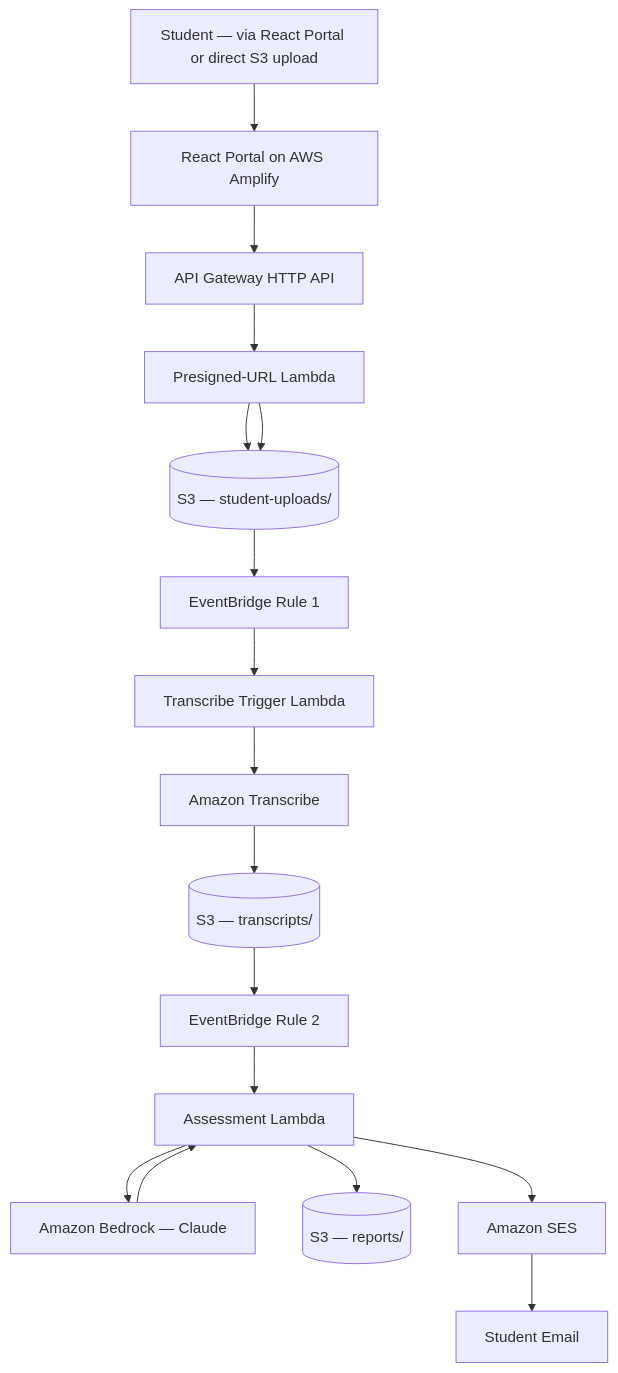
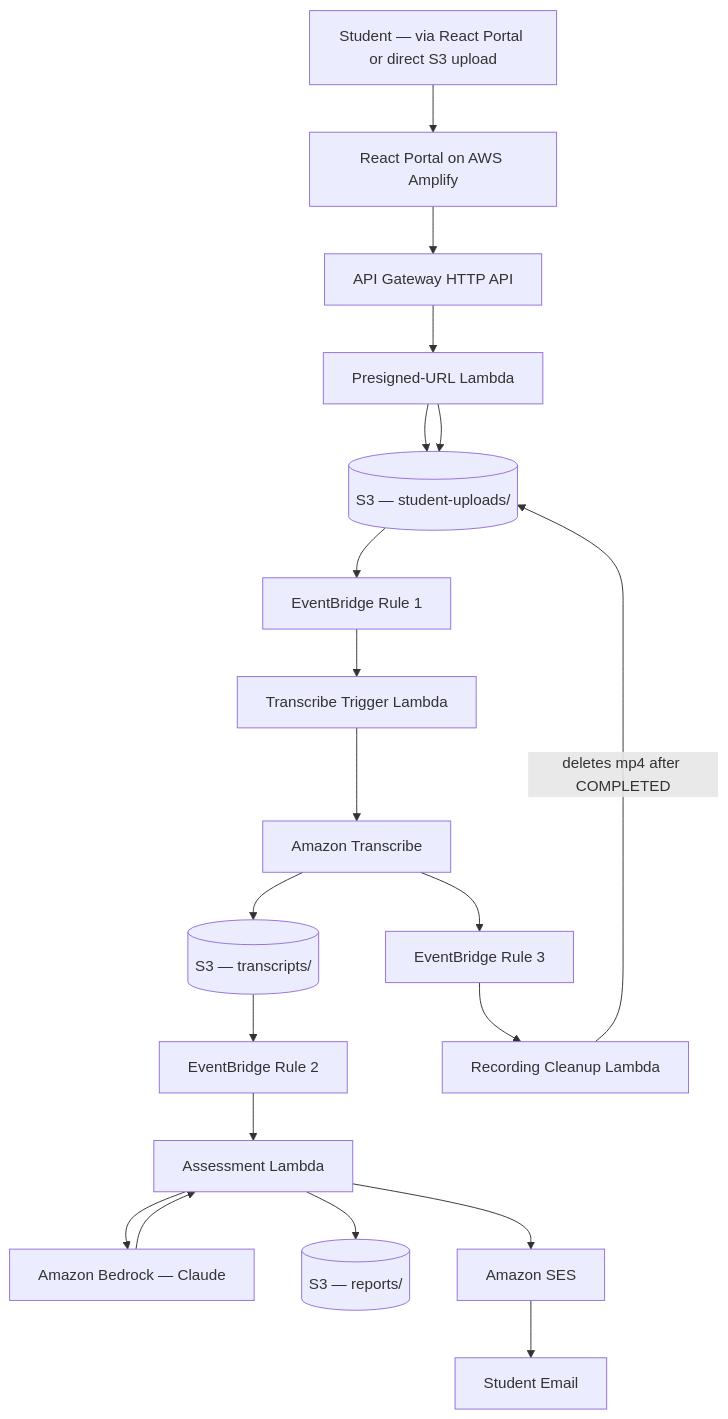
The first of 3 diagrams in README.md (pratap-rajan/dental-ai-tutor), drawn with Mermaid before and after one commit. The commit also changed other lines of this file, not shown here.

First line of the commit message:
Enhance README with recording cleanup flow and Lambda updates

````diff
--- a/README.md
+++ b/README.md
@@ -107,50 +110,58 @@
 ```mermaid
 flowchart TB
 
 Student[Student — via React Portal or direct S3 upload]
 
 Portal[React Portal on AWS Amplify]
 PresignLambda[Presigned-URL Lambda]
 APIGW[API Gateway HTTP API]
 
 UploadBucket[(S3 — student-uploads/)]
 
 EB1[EventBridge Rule 1]
 
 TranscribeLambda[Transcribe Trigger Lambda]
 
 Transcribe[Amazon Transcribe]
 
 TranscriptBucket[(S3 — transcripts/)]
 
 EB2[EventBridge Rule 2]
 
 AssessmentLambda[Assessment Lambda]
 
 Bedrock[Amazon Bedrock — Claude]
 
 ReportBucket[(S3 — reports/)]
 
 SES[Amazon SES]
 
 Email[Student Email]
 
+EB3[EventBridge Rule 3]
+
+CleanupLambda[Recording Cleanup Lambda]
+
 Student --> Portal
 Portal --> APIGW
 APIGW --> PresignLambda
 PresignLambda --> UploadBucket
 PresignLambda --> UploadBucket
 
 UploadBucket --> EB1
 EB1 --> TranscribeLambda
 TranscribeLambda --> Transcribe
 Transcribe --> TranscriptBucket
 
+Transcribe --> EB3
+EB3 --> CleanupLambda
+CleanupLambda -->|deletes mp4 after COMPLETED| UploadBucket
+
 TranscriptBucket --> EB2
 EB2 --> AssessmentLambda
 AssessmentLambda --> Bedrock
 Bedrock --> AssessmentLambda
 AssessmentLambda --> ReportBucket
 AssessmentLambda --> SES
 SES --> Email
 ```
````
